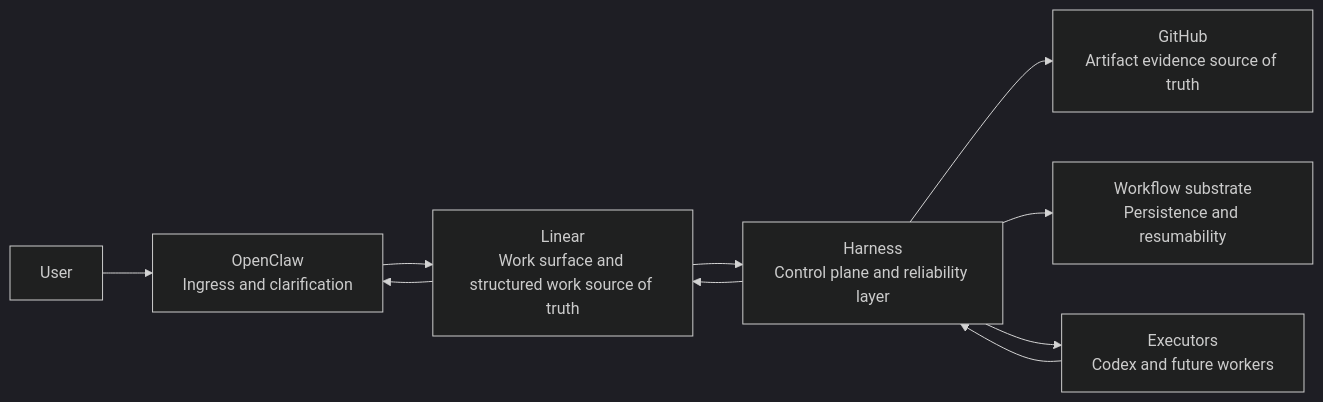
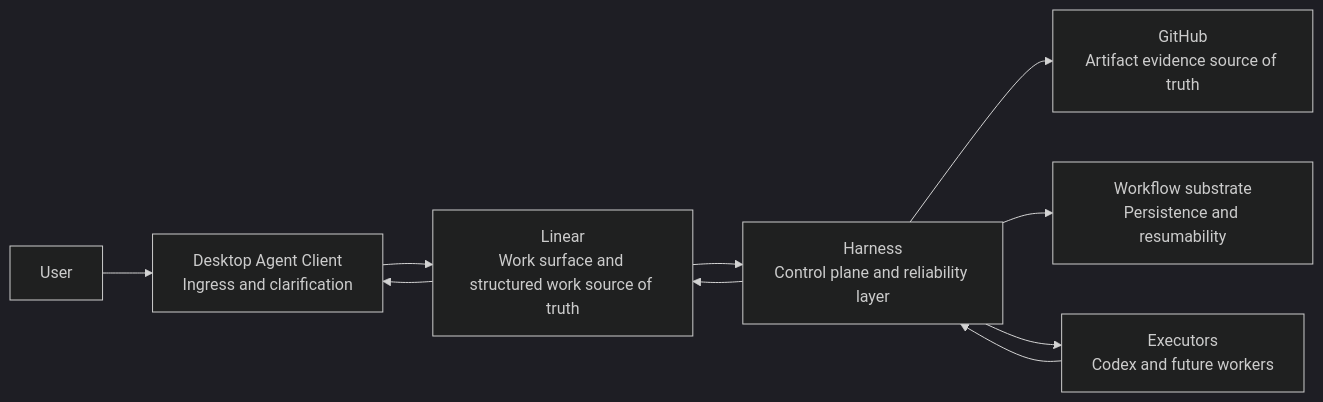
The diagram in docs/architecture/system-context.md (sfayka/Harness), drawn with Mermaid (dark theme) before and after one commit. The commit also changed other lines of this file and 8 other files, not shown here.

````diff
--- a/docs/architecture/system-context.md
+++ b/docs/architecture/system-context.md
@@ -29,12 +29,12 @@
 ```mermaid
 flowchart LR
-    U["User"] --> O["OpenClaw\nIngress and clarification"]
+    U["User"] --> O["Desktop Agent Client\nIngress and clarification"]
     O --> L["Linear\nWork surface and structured work source of truth"]
     L --> H["Harness\nControl plane and reliability layer"]
     H --> G["GitHub\nArtifact evidence source of truth"]
     H --> S["Workflow substrate\nPersistence and resumability"]
     H --> E["Executors\nCodex and future workers"]
     E --> H
     H --> L
     L --> O
 ```
````
